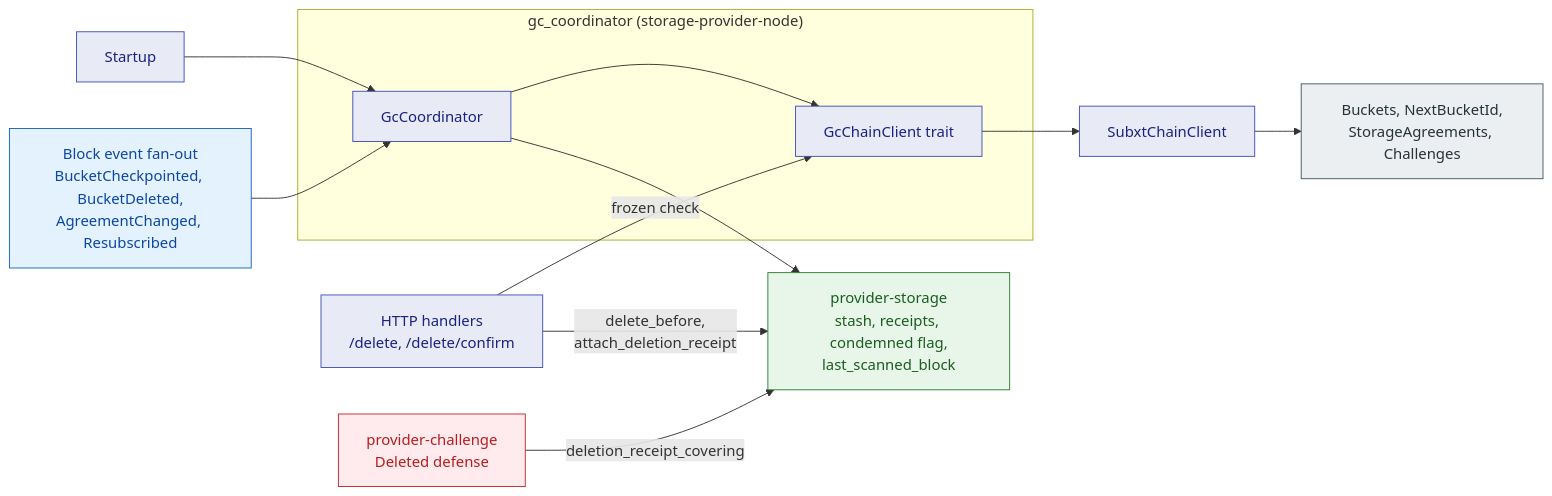
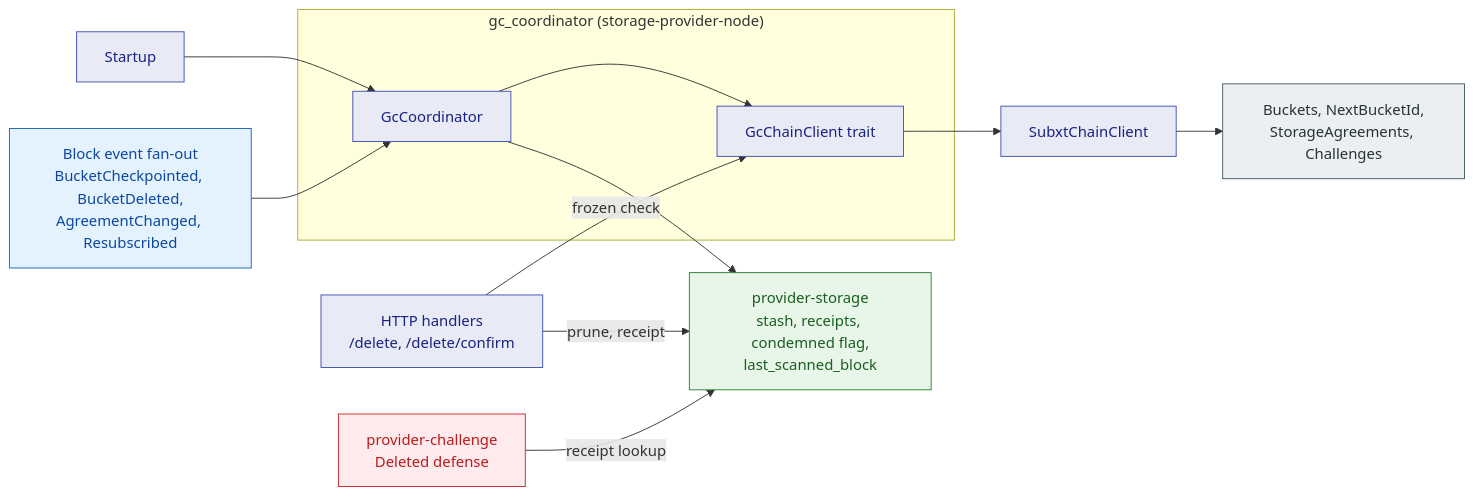
One commit to paritytech/web3-storage changed the first of 2 diagrams in docs/design/storage-provider-node/gc-coordinator.md. Above: the diagram before and after it, drawn with Mermaid. The commit also changed other lines of this file and 7 other files, not shown here.

````diff
--- a/docs/design/storage-provider-node/gc-coordinator.md
+++ b/docs/design/storage-provider-node/gc-coordinator.md
@@ -12,35 +12,35 @@
 ```mermaid
 flowchart LR
     classDef providernode fill:#E8EAF6,stroke:#3F51B5,color:#1A237E
     classDef auth fill:#FFF3E0,stroke:#EF6C00,color:#E65100
     classDef challenge fill:#FFEBEE,stroke:#C62828,color:#B71C1C
     classDef coordinator fill:#E3F2FD,stroke:#1565C0,color:#0D47A1
     classDef replica fill:#F3E5F5,stroke:#6A1B9A,color:#4A148C
     classDef storage fill:#E8F5E9,stroke:#2E7D32,color:#1B5E20
     classDef chain fill:#ECEFF1,stroke:#455A64,color:#263238
     classDef external fill:#FAFAFA,stroke:#757575,color:#424242
 
     api["HTTP handlers<br/>/delete, /delete/confirm"]:::providernode
     events["Block event fan-out<br/>BucketCheckpointed, BucketDeleted,<br/>AgreementChanged, Resubscribed"]:::coordinator
     cmd["Startup"]:::providernode
 
     subgraph module["gc_coordinator (storage-provider-node)"]
         gc["GcCoordinator"]:::providernode
         trait["GcChainClient trait"]:::providernode
     end
 
     subxt["SubxtChainClient"]:::providernode
     chain["Buckets, NextBucketId,<br/>StorageAgreements, Challenges"]:::chain
     sto["provider-storage<br/>stash, receipts, condemned flag,<br/>last_scanned_block"]:::storage
     chal["provider-challenge<br/>Deleted defense"]:::challenge
 
     cmd --> gc
     events --> gc
-    api -- "delete_before,<br/>attach_deletion_receipt" --> sto
+    api -- "prune, receipt" --> sto
     api -- "frozen check" --> trait
     gc --> trait
     trait --> subxt
     subxt --> chain
     gc --> sto
-    chal -- "deletion_receipt_covering" --> sto
+    chal -- "receipt lookup" --> sto
 ```
````
